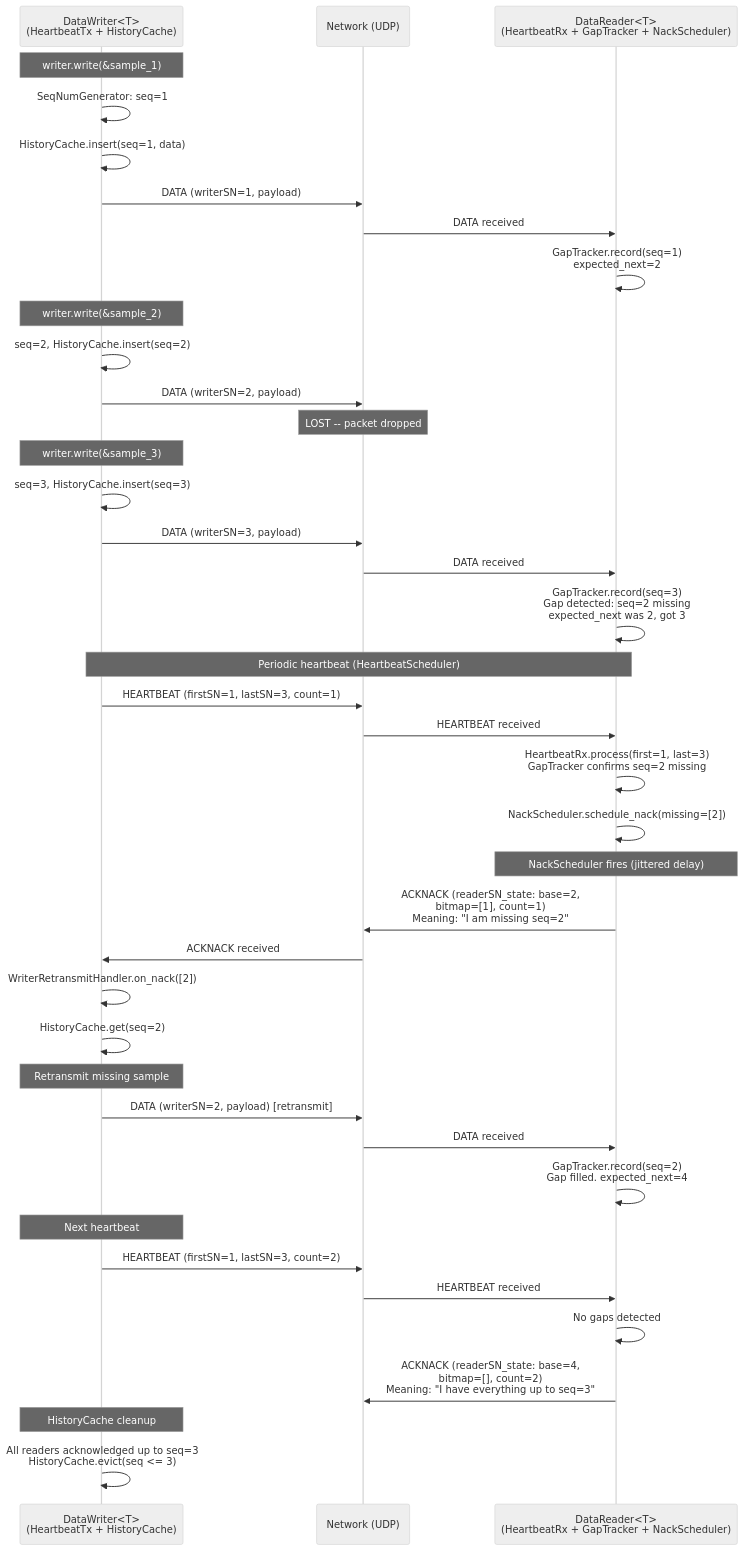
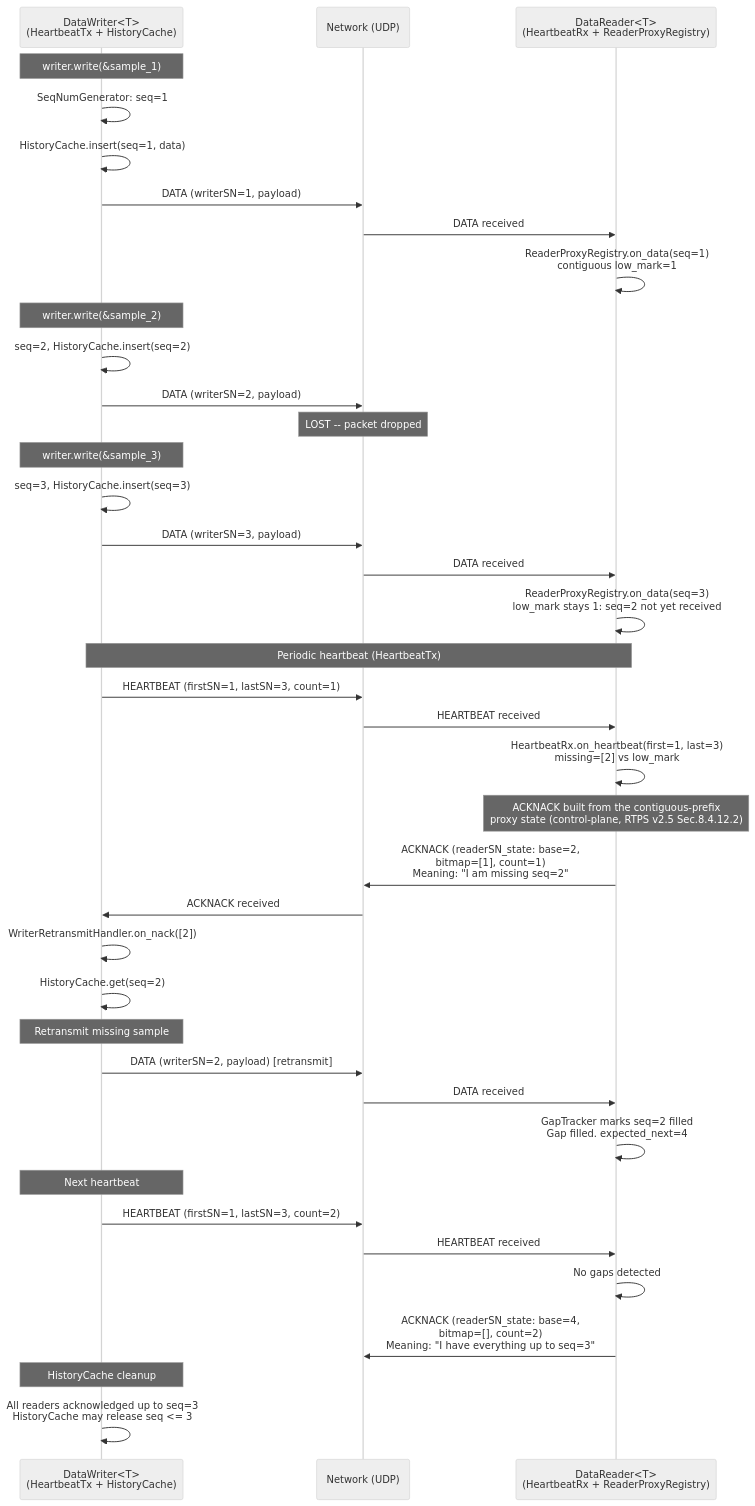
The third of 9 diagrams in docs/sequence-diagrams.md (hdds-team/hdds), drawn with Mermaid (neutral theme) before and after one commit. The commit also changed other lines of this file and 1712 other files, not shown here.

````diff
--- a/docs/sequence-diagrams.md
+++ b/docs/sequence-diagrams.md
@@ -121,51 +119,50 @@
 ```mermaid
 sequenceDiagram
     participant W as DataWriter<T><br/>(HeartbeatTx + HistoryCache)
     participant NET as Network (UDP)
-    participant R as DataReader<T><br/>(HeartbeatRx + GapTracker + NackScheduler)
+    participant R as DataReader<T><br/>(HeartbeatRx + ReaderProxyRegistry)
 
     Note over W: writer.write(&sample_1)
     W->>W: SeqNumGenerator: seq=1
     W->>W: HistoryCache.insert(seq=1, data)
     W->>NET: DATA (writerSN=1, payload)
     NET->>R: DATA received
-    R->>R: GapTracker.record(seq=1)<br/>expected_next=2
+    R->>R: ReaderProxyRegistry.on_data(seq=1)<br/>contiguous low_mark=1
 
     Note over W: writer.write(&sample_2)
     W->>W: seq=2, HistoryCache.insert(seq=2)
     W->>NET: DATA (writerSN=2, payload)
     Note over NET: LOST -- packet dropped
 
     Note over W: writer.write(&sample_3)
     W->>W: seq=3, HistoryCache.insert(seq=3)
     W->>NET: DATA (writerSN=3, payload)
     NET->>R: DATA received
-    R->>R: GapTracker.record(seq=3)<br/>Gap detected: seq=2 missing<br/>expected_next was 2, got 3
+    R->>R: ReaderProxyRegistry.on_data(seq=3)<br/>low_mark stays 1: seq=2 not yet received
 
-    Note over W,R: Periodic heartbeat (HeartbeatScheduler)
+    Note over W,R: Periodic heartbeat (HeartbeatTx)
 
     W->>NET: HEARTBEAT (firstSN=1, lastSN=3, count=1)
     NET->>R: HEARTBEAT received
-    R->>R: HeartbeatRx.process(first=1, last=3)<br/>GapTracker confirms seq=2 missing
-    R->>R: NackScheduler.schedule_nack(missing=[2])
+    R->>R: HeartbeatRx.on_heartbeat(first=1, last=3)<br/>missing=[2] vs low_mark
 
-    Note over R: NackScheduler fires (jittered delay)
+    Note over R: ACKNACK built from the contiguous-prefix<br/>proxy state (control-plane, RTPS v2.5 Sec.8.4.12.2)
     R->>NET: ACKNACK (readerSN_state: base=2,<br/>bitmap=[1], count=1)<br/>Meaning: "I am missing seq=2"
     NET->>W: ACKNACK received
     W->>W: WriterRetransmitHandler.on_nack([2])
     W->>W: HistoryCache.get(seq=2)
 
     Note over W: Retransmit missing sample
     W->>NET: DATA (writerSN=2, payload) [retransmit]
     NET->>R: DATA received
-    R->>R: GapTracker.record(seq=2)<br/>Gap filled. expected_next=4
+    R->>R: GapTracker marks seq=2 filled<br/>Gap filled. expected_next=4
 
     Note over W: Next heartbeat
     W->>NET: HEARTBEAT (firstSN=1, lastSN=3, count=2)
     NET->>R: HEARTBEAT received
     R->>R: No gaps detected
     R->>NET: ACKNACK (readerSN_state: base=4,<br/>bitmap=[], count=2)<br/>Meaning: "I have everything up to seq=3"
 
     Note over W: HistoryCache cleanup
-    W->>W: All readers acknowledged up to seq=3<br/>HistoryCache.evict(seq <= 3)
+    W->>W: All readers acknowledged up to seq=3<br/>HistoryCache may release seq <= 3
 ```
````
